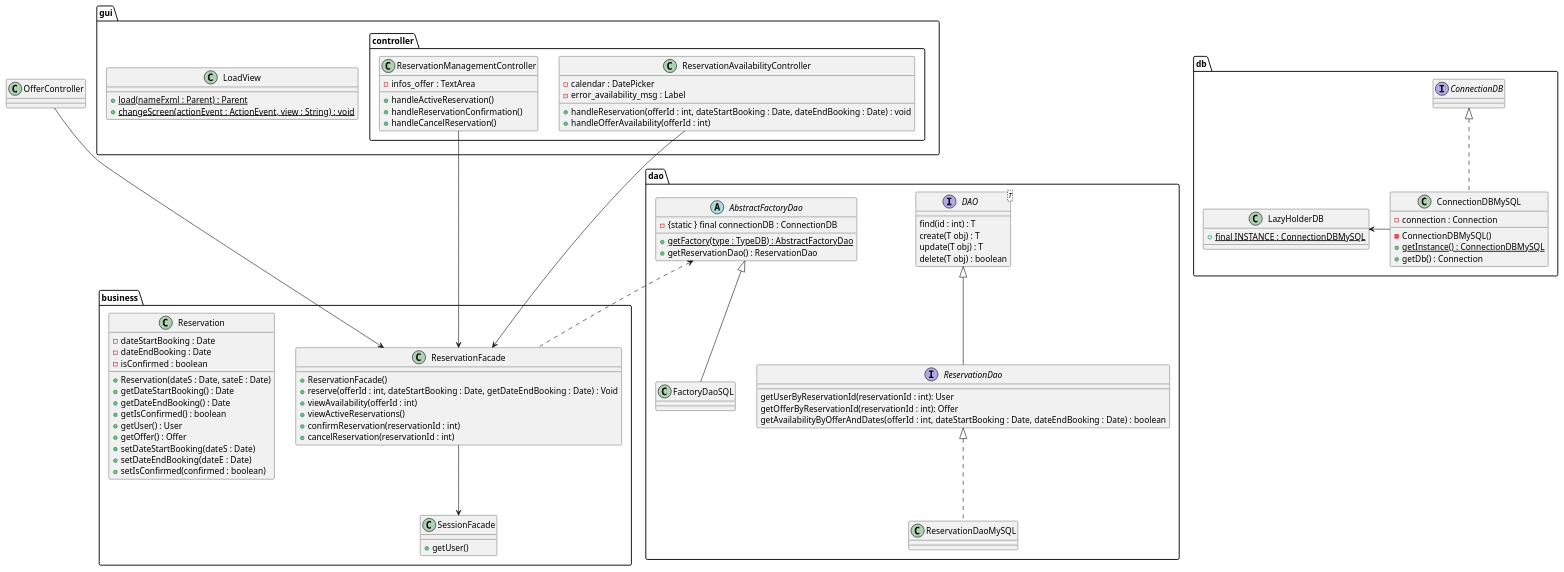
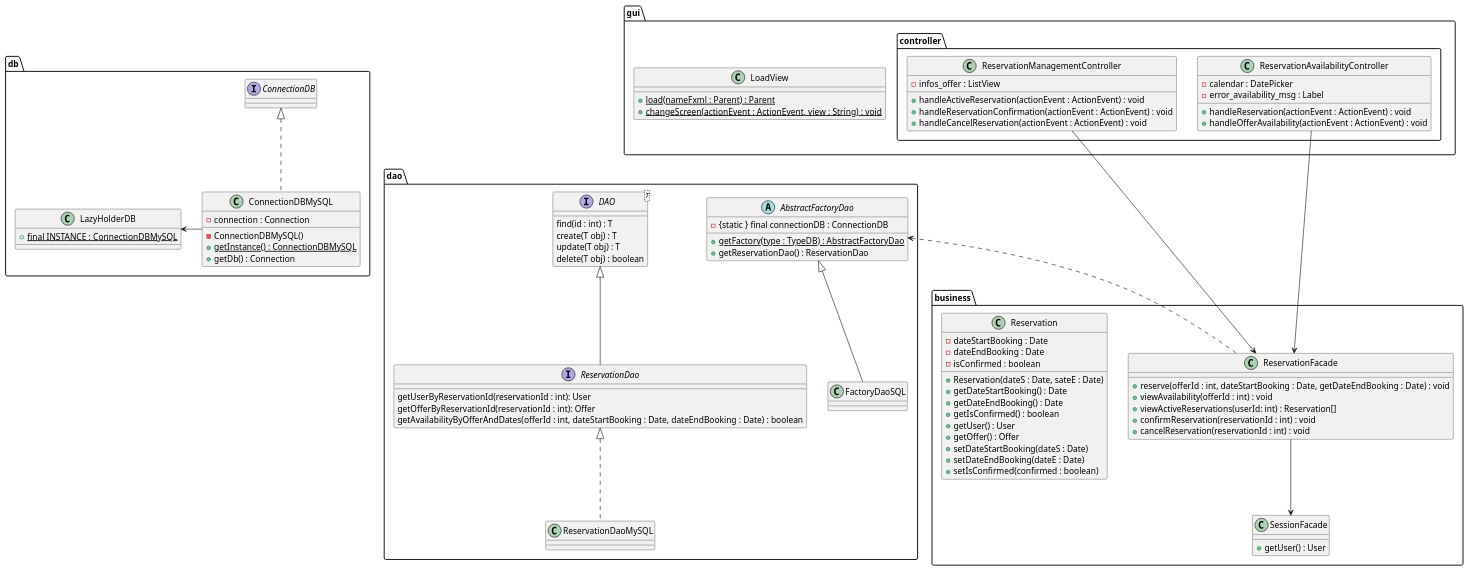
Before and after one commit to LaunoisRemy/ToolShare: the diagram in documents/diagram/reservation/reservationClass.puml, drawn with PlantUML. The commit also changed 3 other files, not shown here.

Commit message:
UPDATE : offer & sequence diagrams to add actionEvent and return types

```diff
--- a/documents/diagram/reservation/reservationClass.puml
+++ b/documents/diagram/reservation/reservationClass.puml
@@ -1,114 +1,112 @@
 @startuml
 
 package dao {
 
 
     interface ReservationDao{
         getUserByReservationId(reservationId : int): User
         getOfferByReservationId(reservationId : int): Offer
         getAvailabilityByOfferAndDates(offerId : int, dateStartBooking : Date, dateEndBooking : Date) : boolean
     }
     class ReservationDaoMySQL
     AbstractFactoryDao <|-- FactoryDaoSQL
     ReservationDao <|.. ReservationDaoMySQL
 
     interface DAO<T>{
         find(id : int) : T
         create(T obj) : T
         update(T obj) : T
         delete(T obj) : boolean
     }
 
     abstract AbstractFactoryDao{
         - {static } final connectionDB : ConnectionDB
         + {static} getFactory(type : TypeDB) : AbstractFactoryDao
         + getReservationDao() : ReservationDao
     }
 
     class FactoryDaoSQL{
     }
 
 
     DAO <|-- ReservationDao
 }
 package db{
     class ConnectionDBMySQL{
         - connection : Connection
         - ConnectionDBMySQL()
         + {static} getInstance() : ConnectionDBMySQL
         + getDb() : Connection
     }
 
     class LazyHolderDB{
         + {static} final INSTANCE : ConnectionDBMySQL
     }
     interface ConnectionDB
     ConnectionDBMySQL -Left-> LazyHolderDB
     ConnectionDBMySQL .up.|> ConnectionDB
 
 }
 package business{
     class SessionFacade{
-            + getUser()
+            + getUser() : User
         }
 
     class ReservationFacade{
-        + ReservationFacade()
-        + reserve(offerId : int, dateStartBooking : Date, getDateEndBooking : Date) : Void
-        + viewAvailability(offerId : int)
-        + viewActiveReservations()
-        + confirmReservation(reservationId : int)
-        + cancelReservation(reservationId : int)
+        + reserve(offerId : int, dateStartBooking : Date, getDateEndBooking : Date) : void
+        + viewAvailability(offerId : int) : void
+        + viewActiveReservations(userId: int) : Reservation[]
+        + confirmReservation(reservationId : int) : void
+        + cancelReservation(reservationId : int) : void
     }
 
     class Reservation{
         -dateStartBooking : Date
         -dateEndBooking : Date
         -isConfirmed : boolean
         +Reservation(dateS : Date, sateE : Date)
         +getDateStartBooking() : Date
         +getDateEndBooking() : Date
         +getIsConfirmed() : boolean
         +getUser() : User
         +getOffer() : Offer
         +setDateStartBooking(dateS : Date)
         +setDateEndBooking(dateE : Date)
         +setIsConfirmed(confirmed : boolean)
     }
     ReservationFacade --> SessionFacade
 
 }
 
 package gui{
 
     class LoadView{
         + {static} load(nameFxml : Parent) : Parent
         + {static} changeScreen(actionEvent : ActionEvent, view : String) : void
     }
 
     package controller{
         class ReservationAvailabilityController{
             - calendar : DatePicker
             - error_availability_msg : Label
-            + handleReservation(offerId : int, dateStartBooking : Date, dateEndBooking : Date) : void
-            + handleOfferAvailability(offerId : int)
+            + handleReservation(actionEvent : ActionEvent) : void
+            + handleOfferAvailability(actionEvent : ActionEvent) : void
         }
 
         class ReservationManagementController{
-            - infos_offer : TextArea
-            + handleActiveReservation()
-            + handleReservationConfirmation()
-            + handleCancelReservation()
+            - infos_offer : ListView
+            + handleActiveReservation(actionEvent : ActionEvent) : void
+            + handleReservationConfirmation(actionEvent : ActionEvent) : void
+            + handleCancelReservation(actionEvent : ActionEvent) : void
         }
 
     }
 }
 
 ReservationFacade <--Up- ReservationAvailabilityController
-ReservationFacade <--Up- OfferController
 ReservationFacade <--Up- ReservationManagementController
 ReservationFacade .Up.> AbstractFactoryDao
 
 
 
 @enduml
```
